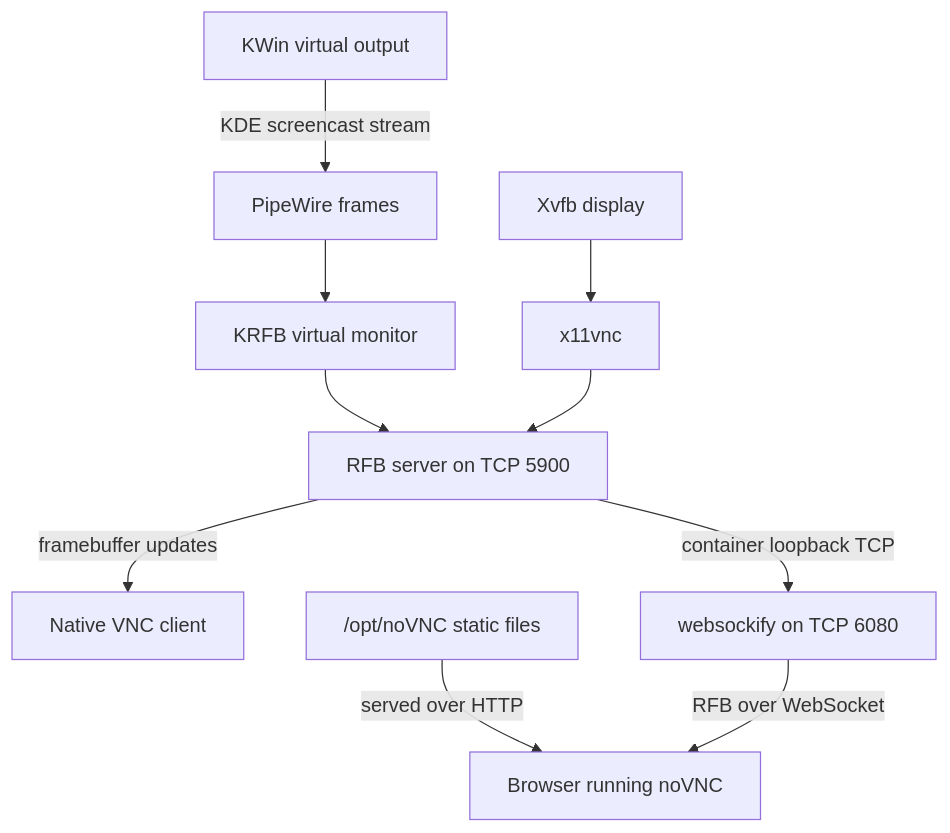
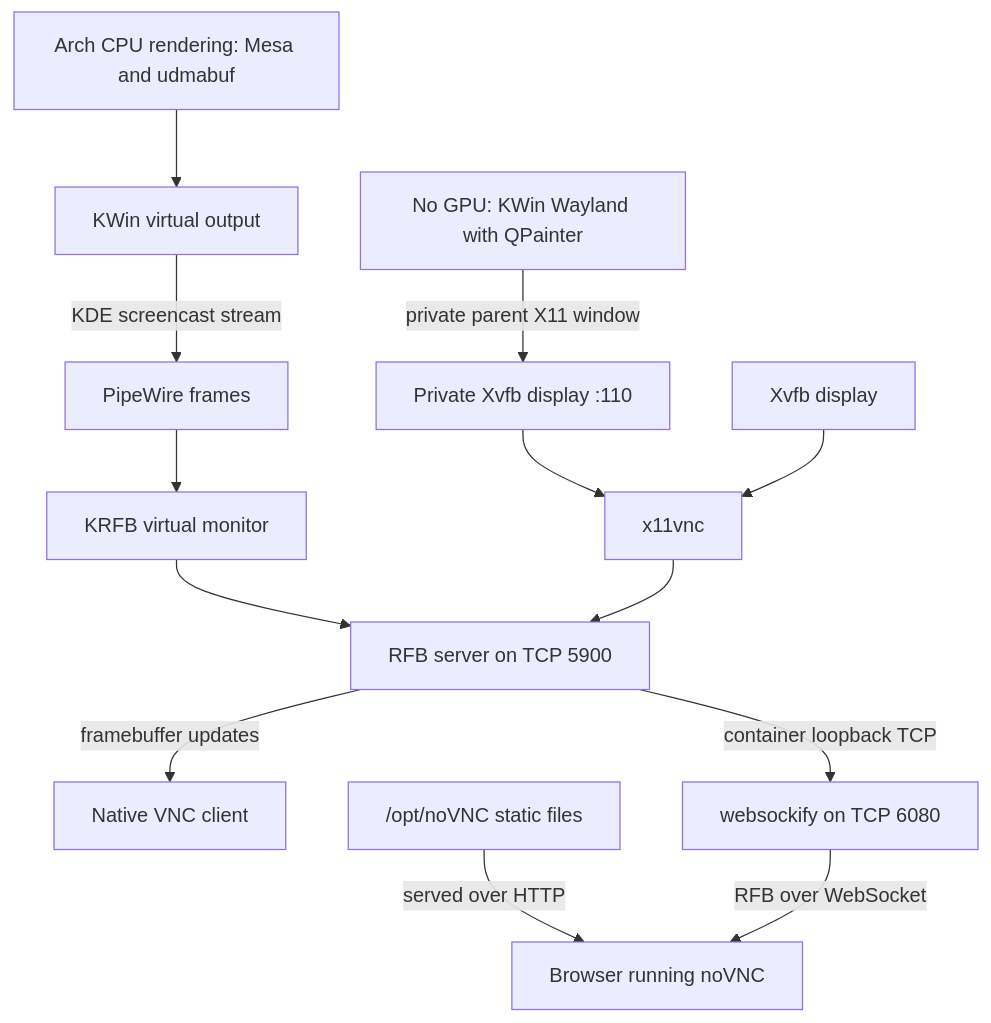
One commit to skynet-core/kde-container changed the diagram in docs/diagrams/remote-video.mmd. Above: the diagram before and after it, drawn with Mermaid. The commit also changed 76 other files, not shown here.

```diff
--- a/docs/diagrams/remote-video.mmd
+++ b/docs/diagrams/remote-video.mmd
@@ -1,10 +1,13 @@
 flowchart TD
     kwin["KWin virtual output"] -->|"KDE screencast stream"| pw["PipeWire frames"]
+    modern["Arch CPU rendering: Mesa and udmabuf"] --> kwin
     pw --> krfb["KRFB virtual monitor"]
+    soft["No GPU: KWin Wayland with QPainter"] -->|"private parent X11 window"| parent["Private Xvfb display :110"]
+    parent --> x11vnc
     xvfb["Xvfb display"] --> x11vnc["x11vnc"]
     krfb --> rfb["RFB server on TCP 5900"]
     x11vnc --> rfb
     rfb -->|"framebuffer updates"| viewer["Native VNC client"]
     rfb -->|"container loopback TCP"| proxy["websockify on TCP 6080"]
     assets["/opt/noVNC static files"] -->|"served over HTTP"| browser["Browser running noVNC"]
     proxy -->|"RFB over WebSocket"| browser
```
